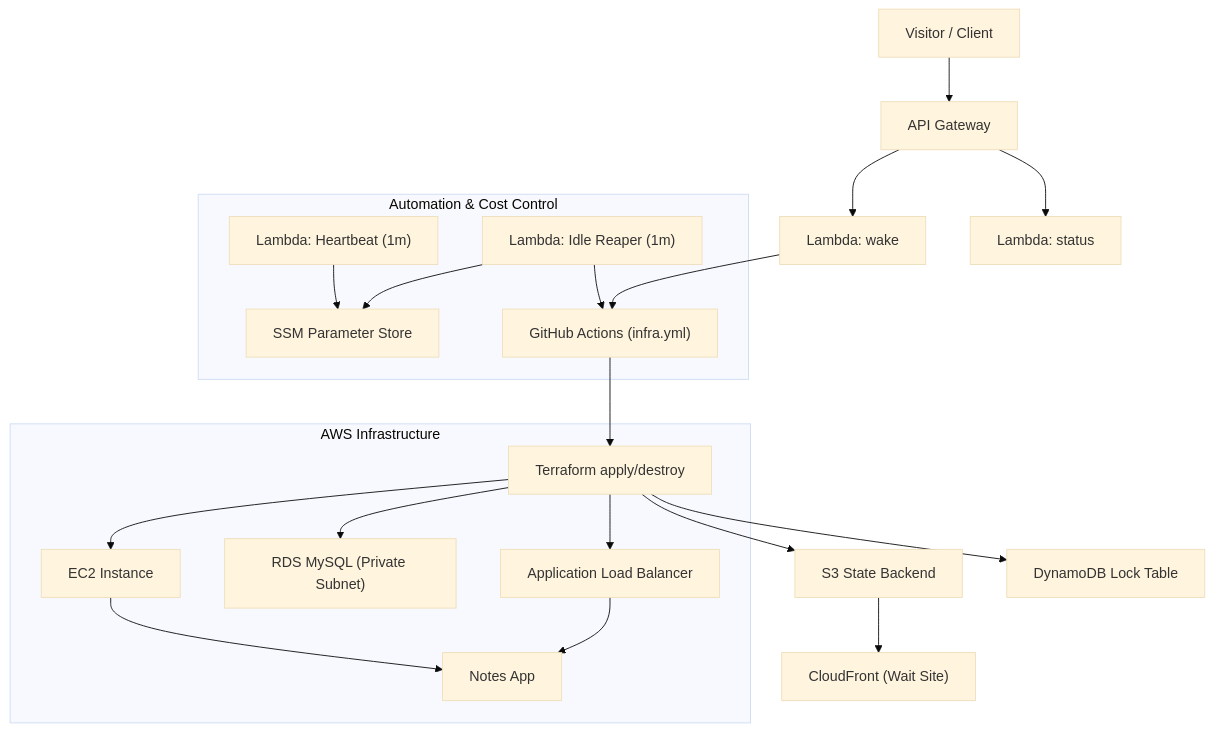
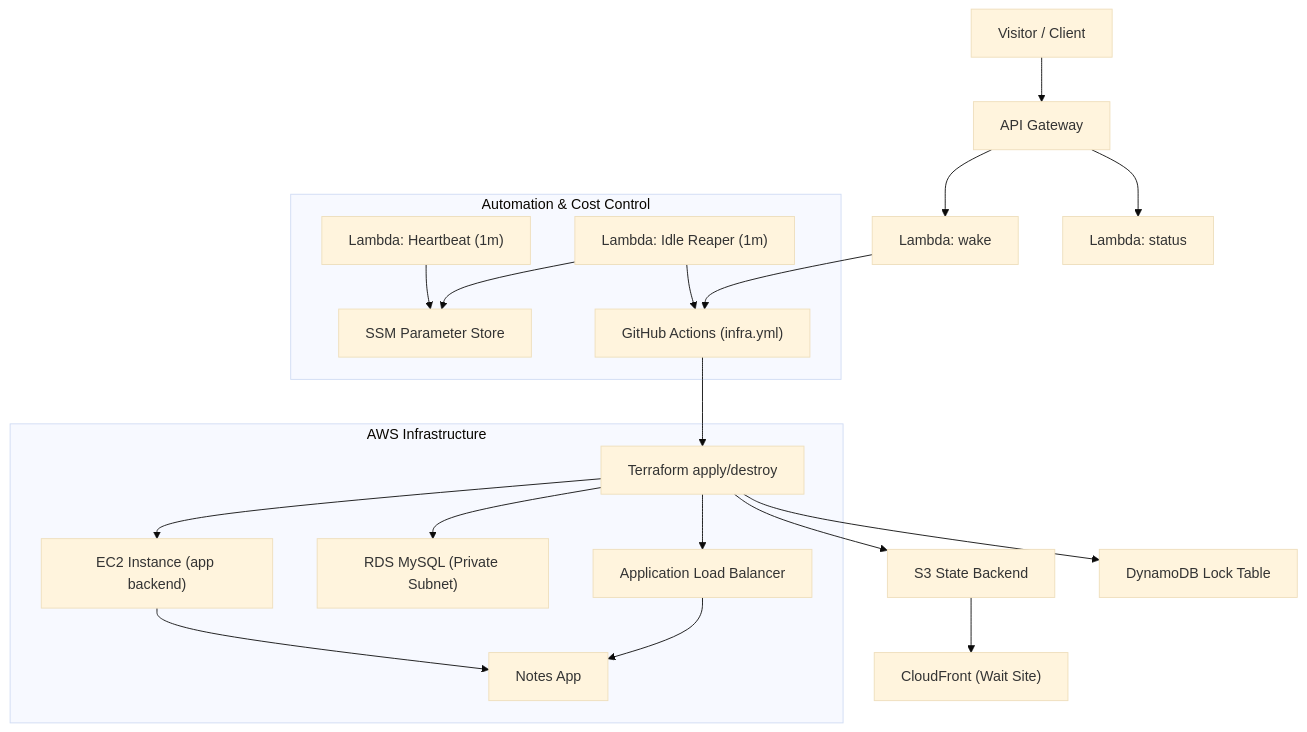
One commit to rusets/aws-multi-tier-infra changed the diagram in README.md. Above: the diagram before and after it, drawn with Mermaid (base theme). The commit also changed other lines of this file, not shown here.

````diff
--- a/README.md
+++ b/README.md
@@ -16,28 +16,28 @@
 ```mermaid
 flowchart TD
   U["Visitor / Client"] --> GW["API Gateway"]
   GW --> W["Lambda: wake"]
   GW --> S["Lambda: status"]
   W  --> GH["GitHub Actions (infra.yml)"]
   GH --> TF["Terraform apply/destroy"]
 
   subgraph AWS["AWS Infrastructure"]
-    TF --> EC2["EC2 Instance"]
+    TF --> EC2["EC2 Instance (app backend)"]
     TF --> DB["RDS MySQL (Private Subnet)"]
     TF --> ALB["Application Load Balancer"]
     EC2 --> APP["Notes App"]
     ALB --> APP
   end
 
   subgraph AUTO["Automation & Cost Control"]
     HB["Lambda: Heartbeat (1m)"]
     IR["Lambda: Idle Reaper (1m)"]
     HB --> SSM["SSM Parameter Store"]
     IR --> SSM
     IR --> GH
   end
 
   TF --> S3["S3 State Backend"]
   TF --> DDB["DynamoDB Lock Table"]
   S3 --> CF["CloudFront (Wait Site)"]
 ```
````
